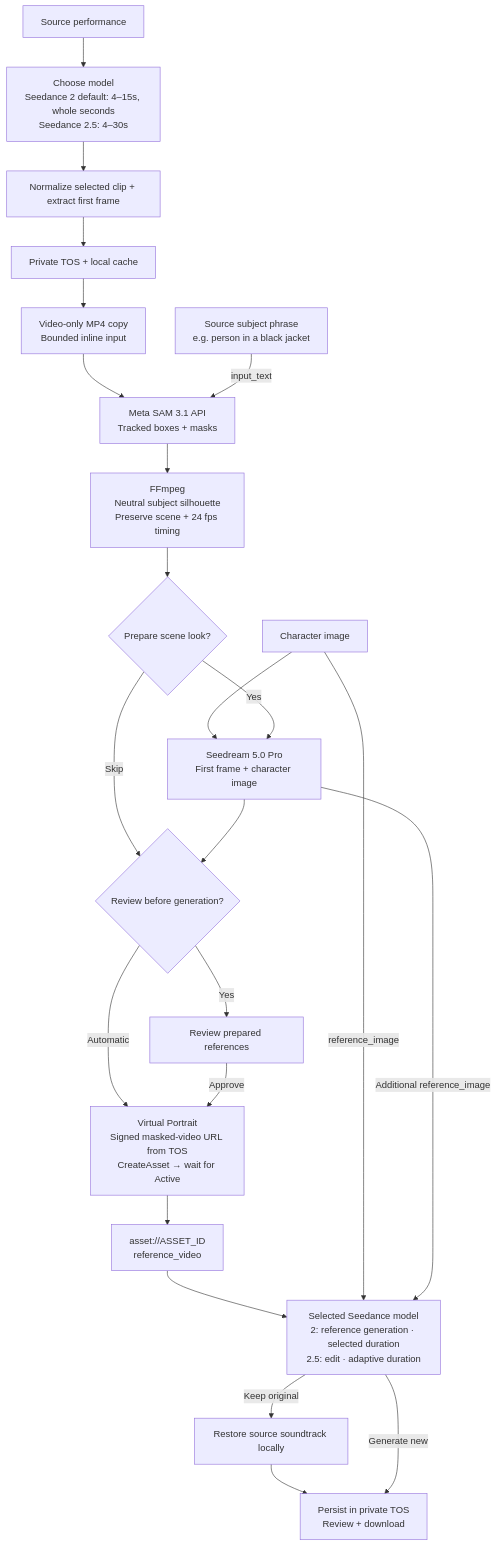
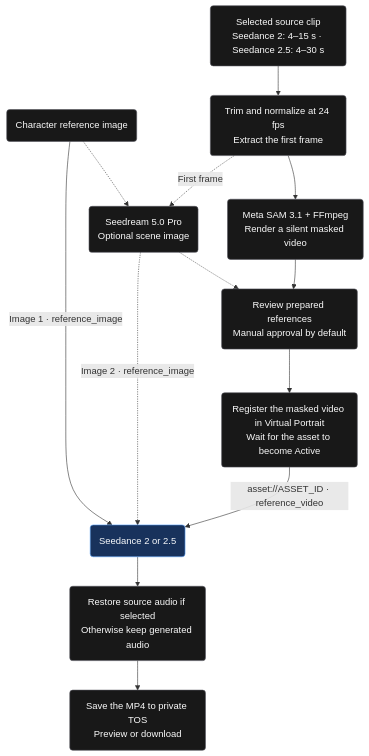
The first of 3 diagrams in README.md (ArthurReimus-ByteDance/seed-genjutsu), drawn with Mermaid before and after one commit. The commit also changed other lines of this file, not shown here.

Commit message:
Document Seed Genjutsu generation flow

````diff
--- a/README.md
+++ b/README.md
@@ -31,25 +35,27 @@
 ```mermaid
 flowchart TD
-    V["Source performance"] --> PICK["Choose model<br/>Seedance 2 default: 4–15s, whole seconds<br/>Seedance 2.5: 4–30s"]
-    PICK --> T["Normalize selected clip + extract first frame"]
-    T --> TS["Private TOS + local cache"]
-    TS --> IN["Video-only MP4 copy<br/>Bounded inline input"]
-    IN --> SAM["Meta SAM 3.1 API<br/>Tracked boxes + masks"]
-    SUBJECT["Source subject phrase<br/>e.g. person in a black jacket"] -->|input_text| SAM
-    SAM --> MR["FFmpeg<br/>Neutral subject silhouette<br/>Preserve scene + 24 fps timing"]
-    C["Character image"] --> SD["Seedream 5.0 Pro<br/>First frame + character image"]
-    MR --> O{"Prepare scene look?"}
-    O -->|Yes| SD
-    O -->|Skip| G{"Review before generation?"}
-    SD --> G
-    G -->|Yes| R["Review prepared references"]
-    G -->|Automatic| VP["Virtual Portrait<br/>Signed masked-video URL from TOS<br/>CreateAsset → wait for Active"]
-    R -->|Approve| VP
-    VP --> ID["asset://ASSET_ID<br/>reference_video"]
-    ID --> S["Selected Seedance model<br/>2: reference generation · selected duration<br/>2.5: edit · adaptive duration"]
-    C -->|reference_image| S
-    SD -->|Additional reference_image| S
-    S -->|Keep original| A["Restore source soundtrack locally"]
-    A --> D["Persist in private TOS<br/>Review + download"]
-    S -->|Generate new| D
+    Clip("Selected source clip<br/>Seedance 2: 4–15 s · Seedance 2.5: 4–30 s")
+    Character("Character reference image")
+    Prep("Trim and normalize at 24 fps<br/>Extract the first frame")
+    Mask("Meta SAM 3.1 + FFmpeg<br/>Render a silent masked video")
+    Scene("Seedream 5.0 Pro<br/>Optional scene image")
+    Review("Review prepared references<br/>Manual approval by default")
+    Portrait("Register the masked video in Virtual Portrait<br/>Wait for the asset to become Active")
+    Seedance("Seedance 2 or 2.5")
+    Audio("Restore source audio if selected<br/>Otherwise keep generated audio")
+    Result("Save the MP4 to private TOS<br/>Preview or download")
+
+    Clip --> Prep --> Mask --> Review --> Portrait
+    Prep -.->|First frame| Scene
+    Character -.-> Scene
+    Scene -.-> Review
+    Portrait -->|asset://ASSET_ID · reference_video| Seedance
+    Character -->|Image 1 · reference_image| Seedance
+    Scene -.->|Image 2 · reference_image| Seedance
+    Seedance --> Audio --> Result
+
+    classDef step fill:#181818,stroke:#52525b,color:#fafafa
+    classDef generation fill:#18325c,stroke:#60a5fa,color:#f8fafc
+    class Clip,Character,Prep,Mask,Scene,Review,Portrait,Audio,Result step
+    class Seedance generation
 ```
````
